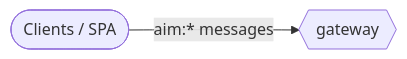
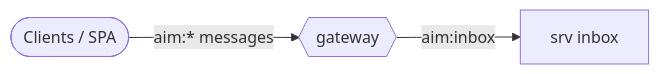
One commit to voxgig/repo-manager changed the diagram in docs/reference/messages.md. Above: the diagram before and after it, drawn with Mermaid. The commit also changed other lines of this file and 21 other files, not shown here.

````diff
--- a/docs/reference/messages.md
+++ b/docs/reference/messages.md
@@ -11,6 +11,8 @@
 ```mermaid
 flowchart LR
   client([Clients / SPA])
   gateway{{gateway}}
   client -->|aim:* messages| gateway
+  inbox[srv inbox]
+  gateway -->|aim:inbox| inbox
 ```
````
